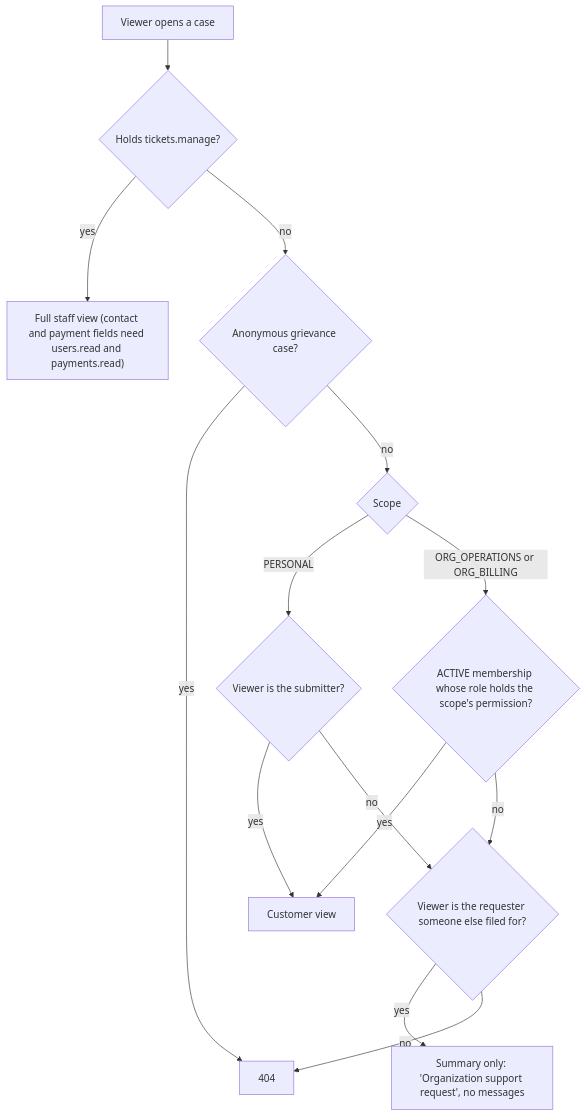
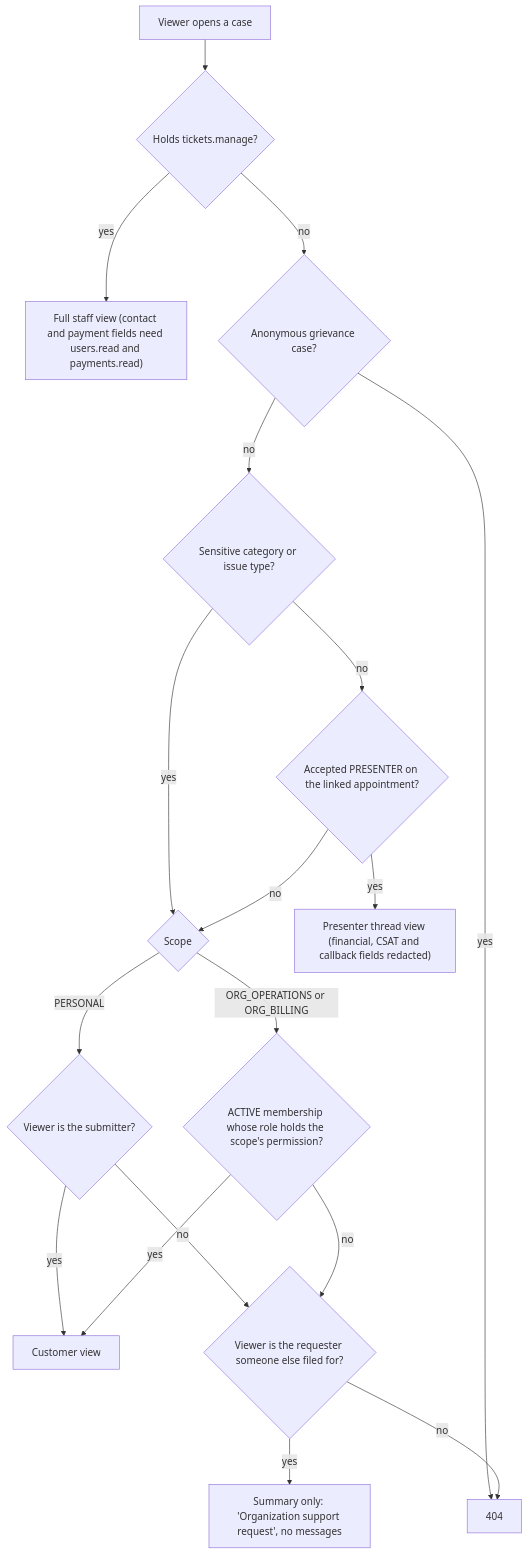
One commit to Practitionist/familiarise_web changed the diagram in docs/support/09-org-scopes-and-visibility.md. Above: the diagram before and after it, drawn with Mermaid. The commit also changed other lines of this file and 37 other files, not shown here.

````diff
--- a/docs/support/09-org-scopes-and-visibility.md
+++ b/docs/support/09-org-scopes-and-visibility.md
@@ -26,16 +28,20 @@
 ```mermaid
 flowchart TD
     V["Viewer opens a case"] --> S{"Holds tickets.manage?"}
     S -- yes --> Full["Full staff view (contact and payment fields need users.read and payments.read)"]
     S -- no --> X{"Anonymous grievance case?"}
     X -- yes --> NF["404"]
-    X -- no --> P{"Scope"}
+    X -- no --> Sens{"Sensitive category or issue type?"}
+    Sens -- yes --> P{"Scope"}
+    Sens -- no --> Pr{"Accepted PRESENTER on the linked appointment?"}
+    Pr -- yes --> Cust["Presenter thread view (financial, CSAT and callback fields redacted)"]
+    Pr -- no --> P{"Scope"}
     P -- PERSONAL --> Sub{"Viewer is the submitter?"}
-    Sub -- yes --> Cust["Customer view"]
+    Sub -- yes --> Cust2["Customer view"]
     P -- "ORG_OPERATIONS or ORG_BILLING" --> G{"ACTIVE membership whose role holds the scope's permission?"}
-    G -- yes --> Cust
+    G -- yes --> Cust2
     Sub -- no --> Req{"Viewer is the requester someone else filed for?"}
     G -- no --> Req
     Req -- yes --> Sum["Summary only: 'Organization support request', no messages"]
     Req -- no --> NF
 ```
````
